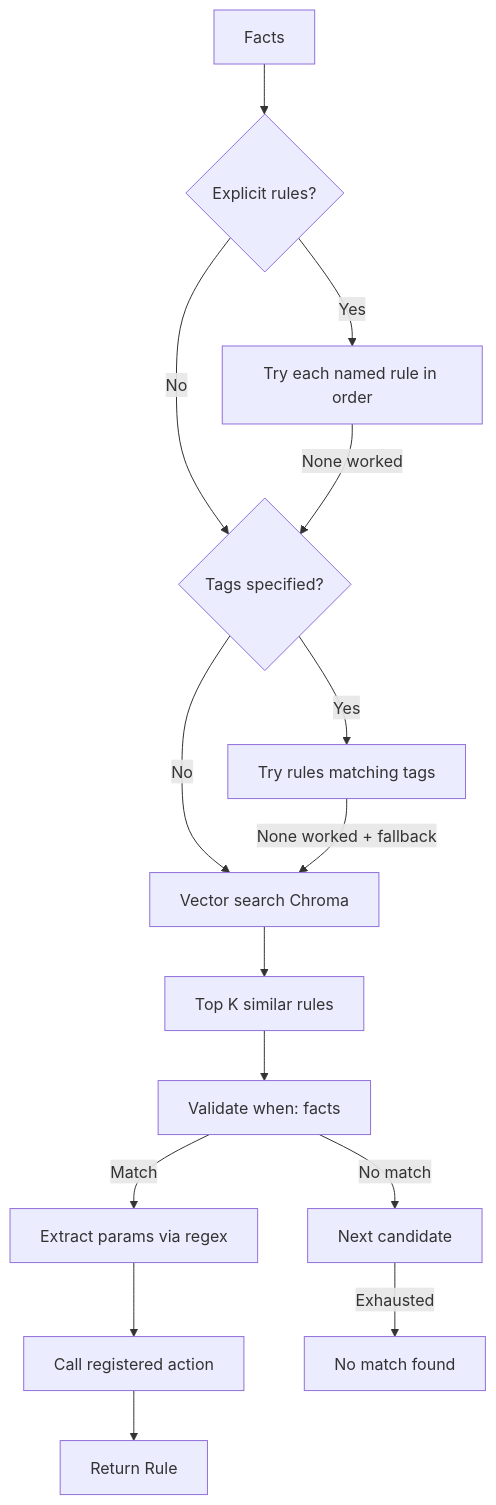
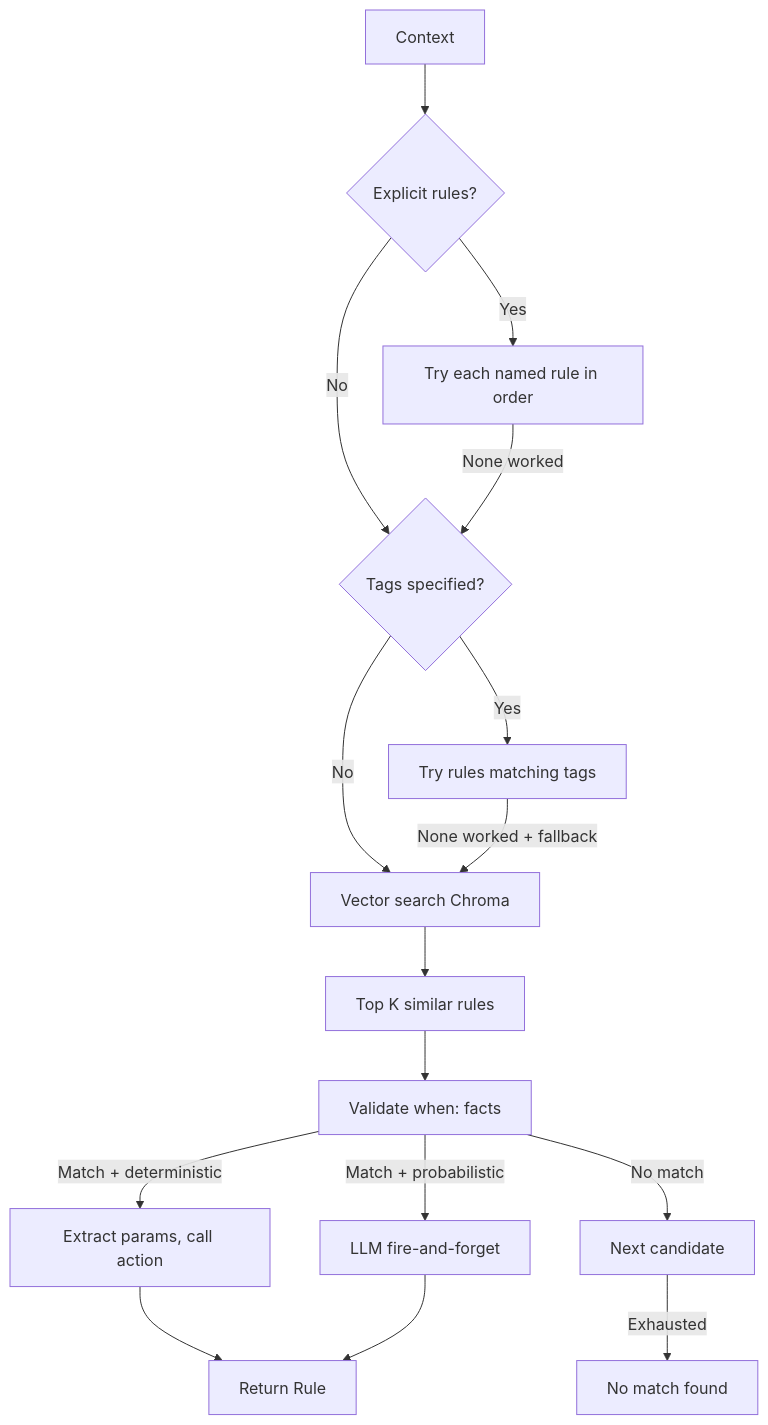
Before and after one commit to adhityaravi/theow: the fifth of 7 diagrams in spec/pilot.md, drawn with Mermaid. The commit also changed other lines of this file and 1 other file, not shown here.

````diff
--- a/spec/pilot.md
+++ b/spec/pilot.md
@@ -566,17 +563,18 @@
 ```mermaid
 flowchart TD
-    P[Facts] --> E{Explicit rules?}
+    P[Context] --> E{Explicit rules?}
     E -->|Yes| T1[Try each named rule in order]
     E -->|No| TG{Tags specified?}
     T1 -->|None worked| TG
     TG -->|Yes| T2[Try rules matching tags]
     TG -->|No| VS[Vector search Chroma]
     T2 -->|None worked + fallback| VS
     VS --> K[Top K similar rules]
     K --> V[Validate when: facts]
-    V -->|Match| EX[Extract params via regex]
-    EX --> A[Call registered action]
-    A --> ACT[Return Rule]
+    V -->|Match + deterministic| EX[Extract params, call action]
+    V -->|Match + probabilistic| LLM[LLM fire-and-forget]
+    EX --> ACT[Return Rule]
+    LLM --> ACT
     V -->|No match| NEXT[Next candidate]
     NEXT -->|Exhausted| FAIL[No match found]
 ```
````
